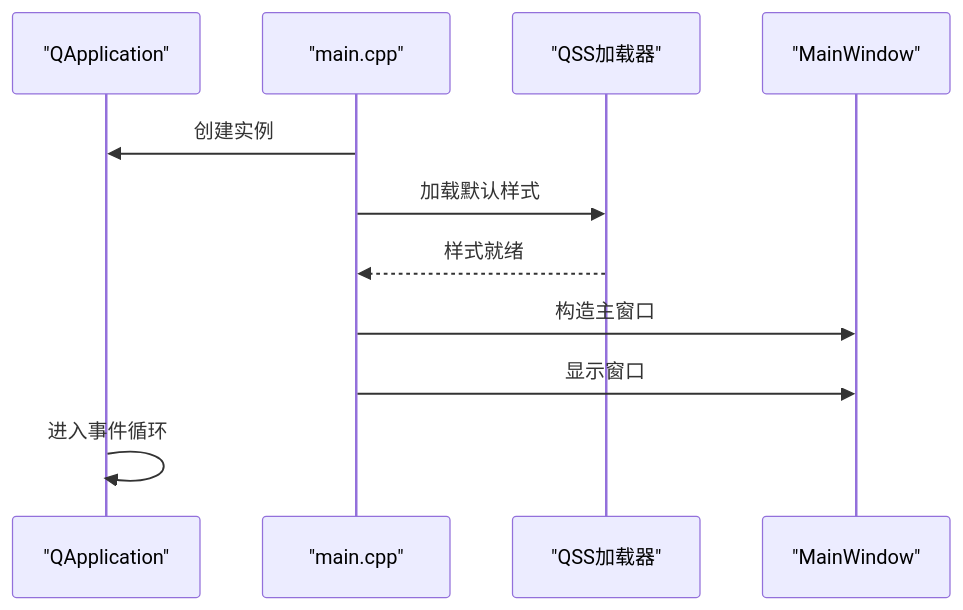
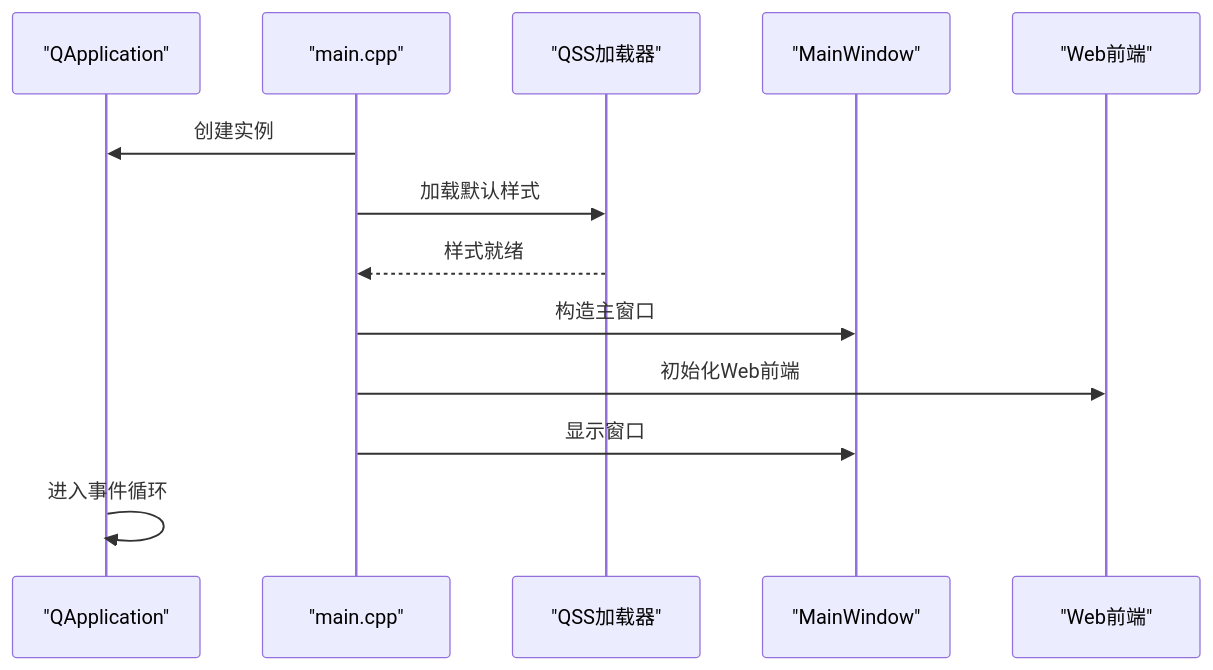
Before and after one commit to jakecai1225-design/OpenBus: the third of 21 diagrams in .qoder/repowiki/zh/content/架构设计/UI系统设计/UI系统设计.md, drawn with Mermaid. The commit also changed other lines of this file and 59 other files, not shown here.

````diff
--- a/.qoder/repowiki/zh/content/架构设计/UI系统设计/UI系统设计.md
+++ b/.qoder/repowiki/zh/content/架构设计/UI系统设计/UI系统设计.md
@@ -249,13 +236,15 @@
 ```mermaid
 sequenceDiagram
 participant App as "QApplication"
 participant Main as "main.cpp"
 participant Style as "QSS加载器"
 participant Win as "MainWindow"
+participant Web as "Web前端"
 Main->>App : 创建实例
 Main->>Style : 加载默认样式
 Style-->>Main : 样式就绪
 Main->>Win : 构造主窗口
+Main->>Web : 初始化Web前端
 Main->>Win : 显示窗口
 App->>App : 进入事件循环
 ```
````
